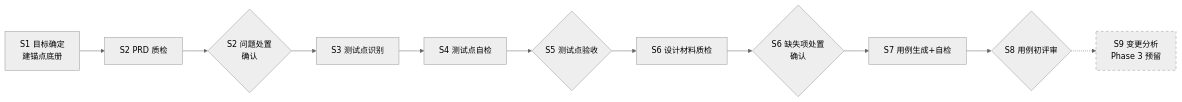
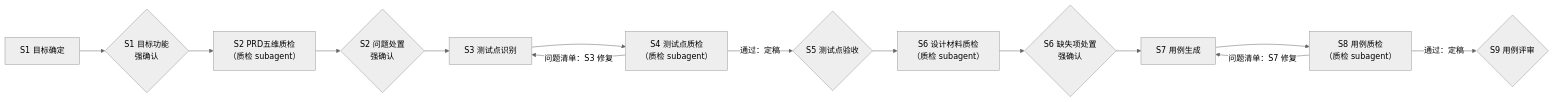
Before and after one commit to cuixujia/test-expert-agent: the diagram in DESIGN.md, drawn with Mermaid (neutral theme). The commit also changed other lines of this file and 36 other files, not shown here.

````diff
--- a/DESIGN.md
+++ b/DESIGN.md
@@ -82,14 +95,16 @@
 ```mermaid
 flowchart LR
-    S1["S1 目标确定<br>建锚点底册"] --> S2["S2 PRD 质检"]
-    S2 --> G2{"S2 问题处置<br>确认"}
+    S1["S1 目标确定"] --> G1{"S1 目标功能<br>强确认"}
+    G1 --> S2["S2 PRD五维质检<br>（质检 subagent）"]
+    S2 --> G2{"S2 问题处置<br>强确认"}
     G2 --> S3["S3 测试点识别"]
-    S3 --> S4["S4 测试点自检"]
-    S4 --> S5{"S5 测试点验收"}
-    S5 --> S6["S6 设计材料质检"]
-    S6 --> G6{"S6 缺失项处置<br>确认"}
-    G6 --> S7["S7 用例生成+自检"]
-    S7 --> S8{"S8 用例初评审"}
-    S8 -.-> S9["S9 变更分析<br>Phase 3 预留"]
-    style S9 stroke-dasharray: 5 5
+    S3 --> S4["S4 测试点质检<br>（质检 subagent）"]
+    S4 -->|"问题清单：S3 修复"| S3
+    S4 -->|"通过：定稿"| S5{"S5 测试点验收"}
+    S5 --> S6["S6 设计材料质检<br>（质检 subagent）"]
+    S6 --> G6{"S6 缺失项处置<br>强确认"}
+    G6 --> S7["S7 用例生成"]
+    S7 --> S8["S8 用例质检<br>（质检 subagent）"]
+    S8 -->|"问题清单：S7 修复"| S7
+    S8 -->|"通过：定稿"| S9{"S9 用例评审"}
 ```
````
